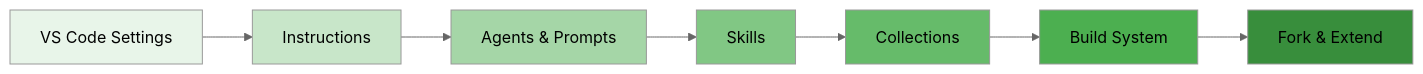
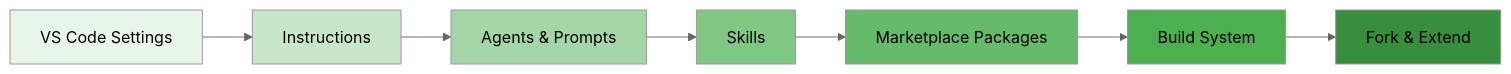
The diagram in docs/customization/README.md (MohammedAlkindi/hve-core), drawn with Mermaid (neutral theme) before and after one commit. The commit also changed other lines of this file and 216 other files, not shown here.

````diff
--- a/docs/customization/README.md
+++ b/docs/customization/README.md
@@ -38,17 +38,17 @@
 ```mermaid
 graph LR
     A["VS Code Settings"] --> B["Instructions"]
     B --> C["Agents & Prompts"]
     C --> D["Skills"]
-    D --> E["Collections"]
+    D --> E["Marketplace Packages"]
     E --> F["Build System"]
     F --> G["Fork & Extend"]
 
     style A fill:#e8f5e9
     style B fill:#c8e6c9
     style C fill:#a5d6a7
     style D fill:#81c784
     style E fill:#66bb6a
     style F fill:#4caf50
     style G fill:#388e3c
 ```
````
